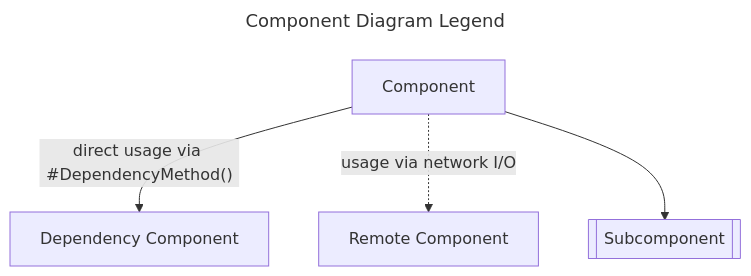
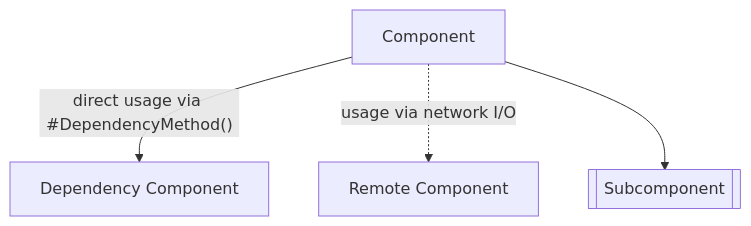
The first of 3 diagrams in docusaurus/docs/packages/pkg/client/pkg.md (pokt-network/poktroll), drawn with Mermaid before and after one commit. The commit also changed other lines of this file and 2 other files, not shown here.

Commit message:
docs: consistent diagram formatting/treatment

````diff
--- a/docusaurus/docs/packages/pkg/client/pkg.md
+++ b/docusaurus/docs/packages/pkg/client/pkg.md
@@ -42,15 +46,12 @@
 ```mermaid
----
-title: Component Diagram Legend
----
 flowchart
 
 c[Component]
 d[Dependency Component]
 s[[Subcomponent]]
 r[Remote Component]
 
 c --"direct usage via #DependencyMethod()"--> d
 c -."usage via network I/O".-> r
 c --> s
 ```
````
